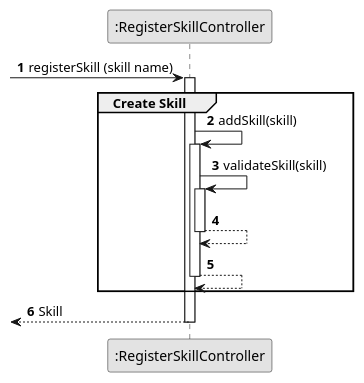
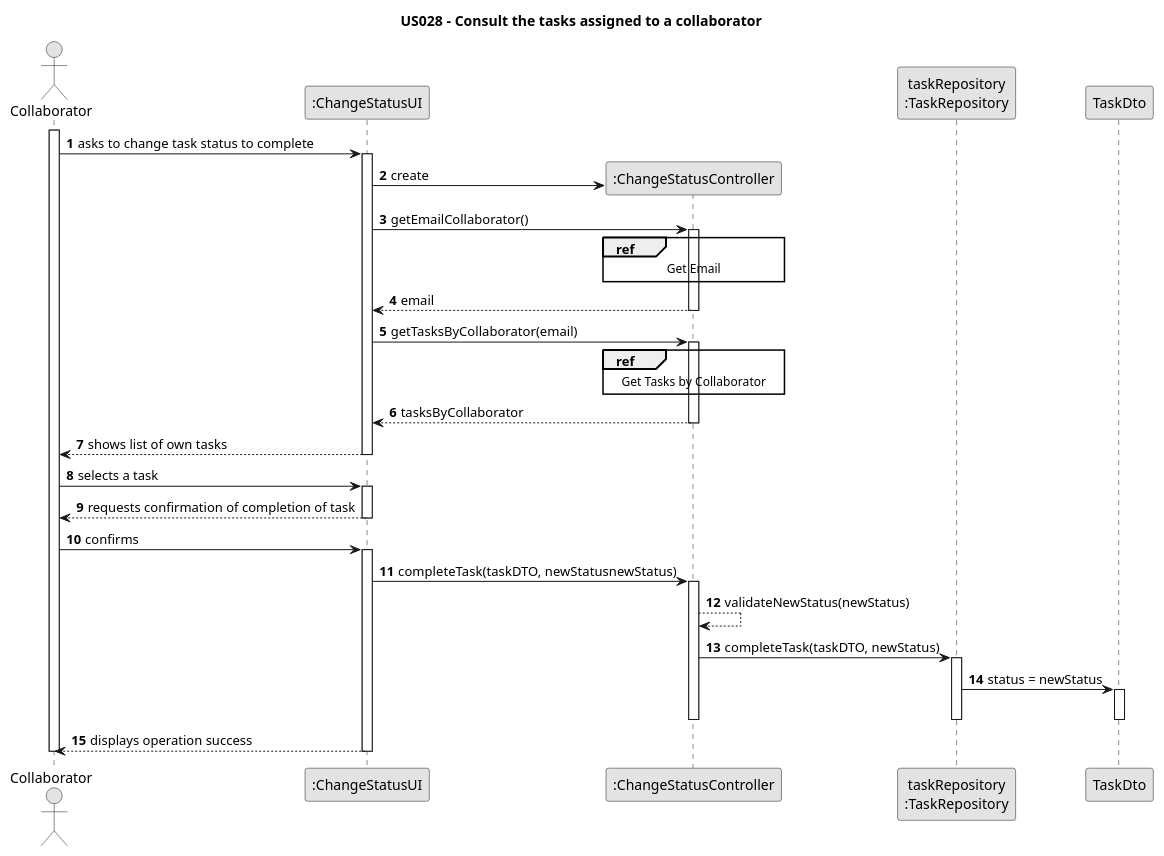
One commit to Departamento-de-Engenharia-Informatica/lei-24-s2-1dm-g132 changed the diagram in docs/sprintC/us029/03.design/puml/us029-sequence-diagram-split.puml. Above: the diagram before and after it, drawn with PlantUML. The commit also changed 4 other files, not shown here.

```diff
--- a/docs/sprintC/us029/03.design/puml/us029-sequence-diagram-split.puml
+++ b/docs/sprintC/us029/03.design/puml/us029-sequence-diagram-split.puml
@@ -1,39 +1,84 @@
 @startuml
 skinparam monochrome true
 skinparam packageStyle rectangle
 skinparam shadowing false
 
+title US028 - Consult the tasks assigned to a collaborator
+
 autonumber
 
-'hide footbox
-participant ":RegisterSkillController" as CTRL
+actor "Collaborator" as Employee
+participant ":ChangeStatusUI" as UI
+participant ":ChangeStatusController" as CTRL
+participant "taskRepository\n:TaskRepository" as TaskRepository
 
+activate Employee
 
+    Employee -> UI : asks to change task status to complete
+    activate UI
 
-
-
-                 -> CTRL : registerSkill (skill name)
-            activate CTRL
-    group Create Skill
-
-                                        CTRL -> CTRL: addSkill(skill)
-
-                                                                           activate CTRL
-                                                                               CTRL -> CTRL: validateSkill(skill)
-                                                                               activate CTRL
-                                                                                   CTRL --> CTRL
-                                                                               deactivate CTRL
-
-                                                                               CTRL --> CTRL
-                                                                               deactivate CTRL
-                                                                               end
-
-             <-- CTRL : Skill
-            deactivate CTRL
+    UI -> CTRL** : create
 
 
 
 
 
 
+
+
+
+    UI -> CTRL : getEmailCollaborator()
+    activate CTRL
+
+    ref over CTRL
+        Get Email
+    end
+
+    CTRL --> UI : email
+    deactivate CTRL
+
+    UI -> CTRL : getTasksByCollaborator(email)
+    activate CTRL
+
+    ref over CTRL
+         Get Tasks by Collaborator
+    end
+
+    CTRL --> UI : tasksByCollaborator
+    deactivate CTRL
+
+
+    UI --> Employee : shows list of own tasks
+    deactivate UI
+
+    Employee -> UI : selects a task
+    activate UI
+
+    UI --> Employee : requests confirmation of completion of task
+    deactivate UI
+
+    Employee -> UI : confirms
+    activate UI
+
+    UI -> CTRL :            completeTask(taskDTO, newStatusnewStatus)
+
+    activate CTRL
+
+    CTRL --> CTRL : validateNewStatus(newStatus)
+    CTRL -> TaskRepository :            completeTask(taskDTO, newStatus)
+
+    activate TaskRepository
+
+    TaskRepository -> TaskDto : status = newStatus
+    activate TaskDto
+    deactivate TaskDto
+
+    deactivate TaskRepository
+    deactivate CTRL
+
+
+    UI --> Employee : displays operation success
+    deactivate UI
+
+deactivate Employee
 @enduml
```
